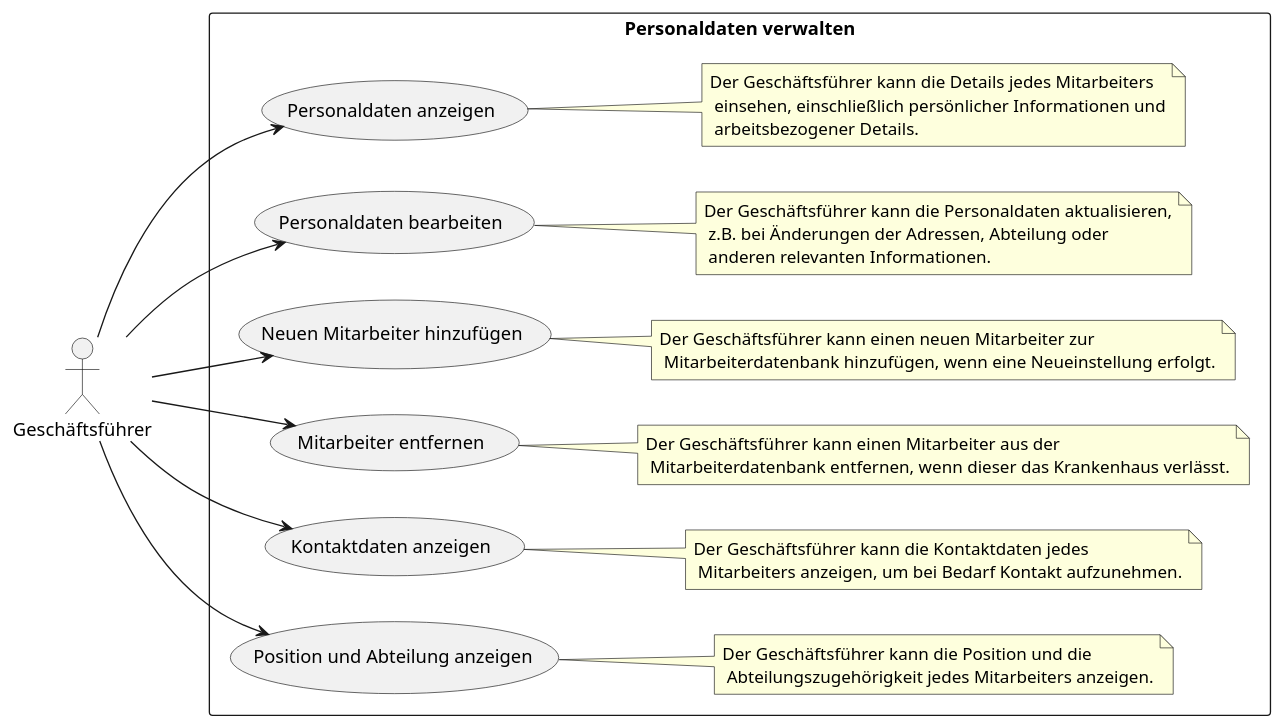
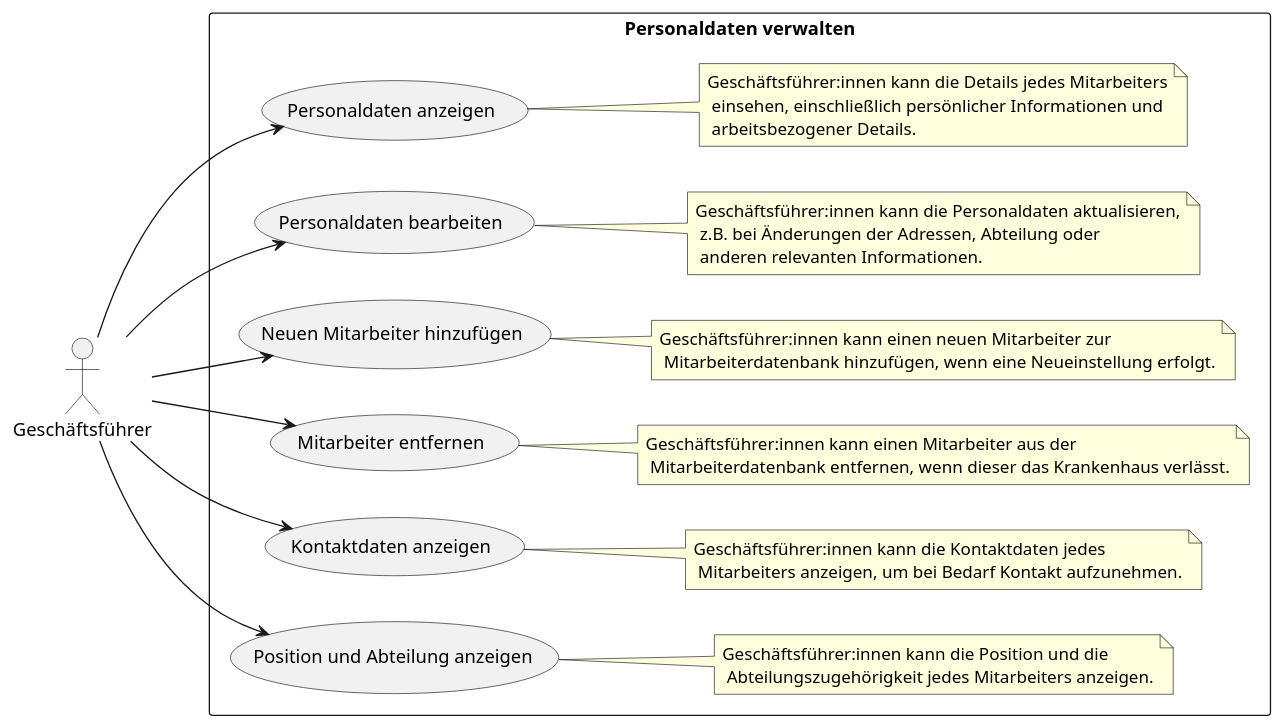
Before and after one commit to helenlaible/ss23-kba-project: diagram 14 of 15 in docs/2_planning/2_system_use_cases.md, drawn with PlantUML. The commit also changed other lines of this file, not shown here.

````diff
--- a/docs/2_planning/2_system_use_cases.md
+++ b/docs/2_planning/2_system_use_cases.md
@@ -319,32 +392,32 @@
-```plantuml
+```plantuml Personaldaten verwalten
 @startuml
 left to right direction
 
 actor Geschäftsführer as GF
 
 rectangle "Personaldaten verwalten" {
     
 usecase "Personaldaten anzeigen" as UC1 
 usecase "Personaldaten bearbeiten" as UC2 
 usecase "Neuen Mitarbeiter hinzufügen" as UC3 
 usecase "Mitarbeiter entfernen" as UC4 
 usecase "Kontaktdaten anzeigen" as UC5
 usecase "Position und Abteilung anzeigen" as UC6
 
 GF --> UC1
 GF --> UC2
 GF --> UC3
 GF --> UC4
 GF --> UC5
 GF --> UC6
 
-note right of UC1: Der Geschäftsführer kann die Details jedes Mitarbeiters\n einsehen, einschließlich persönlicher Informationen und\n arbeitsbezogener Details.
-note right of UC2: Der Geschäftsführer kann die Personaldaten aktualisieren,\n z.B. bei Änderungen der Adressen, Abteilung oder\n anderen relevanten Informationen.
-note right of UC3: Der Geschäftsführer kann einen neuen Mitarbeiter zur\n Mitarbeiterdatenbank hinzufügen, wenn eine Neueinstellung erfolgt.
-note right of UC4: Der Geschäftsführer kann einen Mitarbeiter aus der\n Mitarbeiterdatenbank entfernen, wenn dieser das Krankenhaus verlässt.
-note right of UC5: Der Geschäftsführer kann die Kontaktdaten jedes\n Mitarbeiters anzeigen, um bei Bedarf Kontakt aufzunehmen.
-note right of UC6: Der Geschäftsführer kann die Position und die\n Abteilungszugehörigkeit jedes Mitarbeiters anzeigen.
+note right of UC1: Geschäftsführer:innen kann die Details jedes Mitarbeiters\n einsehen, einschließlich persönlicher Informationen und\n arbeitsbezogener Details.
+note right of UC2: Geschäftsführer:innen kann die Personaldaten aktualisieren,\n z.B. bei Änderungen der Adressen, Abteilung oder\n anderen relevanten Informationen.
+note right of UC3: Geschäftsführer:innen kann einen neuen Mitarbeiter zur\n Mitarbeiterdatenbank hinzufügen, wenn eine Neueinstellung erfolgt.
+note right of UC4: Geschäftsführer:innen kann einen Mitarbeiter aus der\n Mitarbeiterdatenbank entfernen, wenn dieser das Krankenhaus verlässt.
+note right of UC5: Geschäftsführer:innen kann die Kontaktdaten jedes\n Mitarbeiters anzeigen, um bei Bedarf Kontakt aufzunehmen.
+note right of UC6: Geschäftsführer:innen kann die Position und die\n Abteilungszugehörigkeit jedes Mitarbeiters anzeigen.
 
 }
 @enduml
 ```
````
